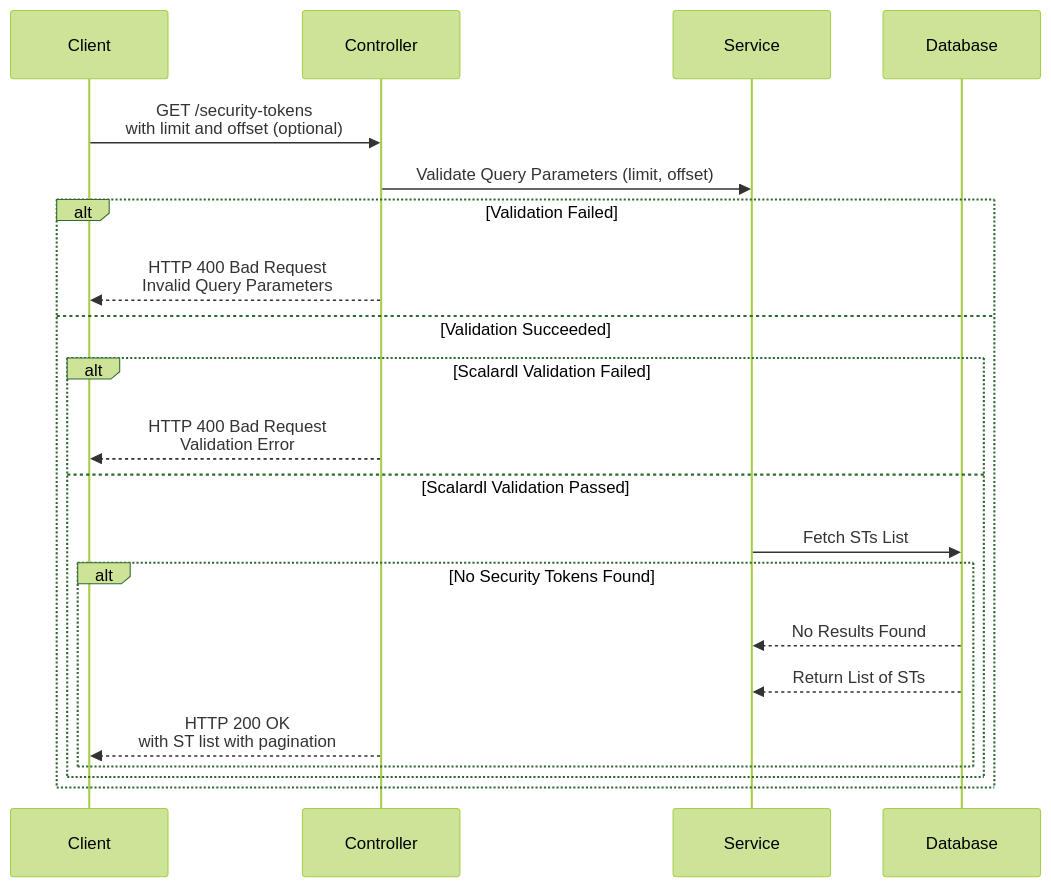
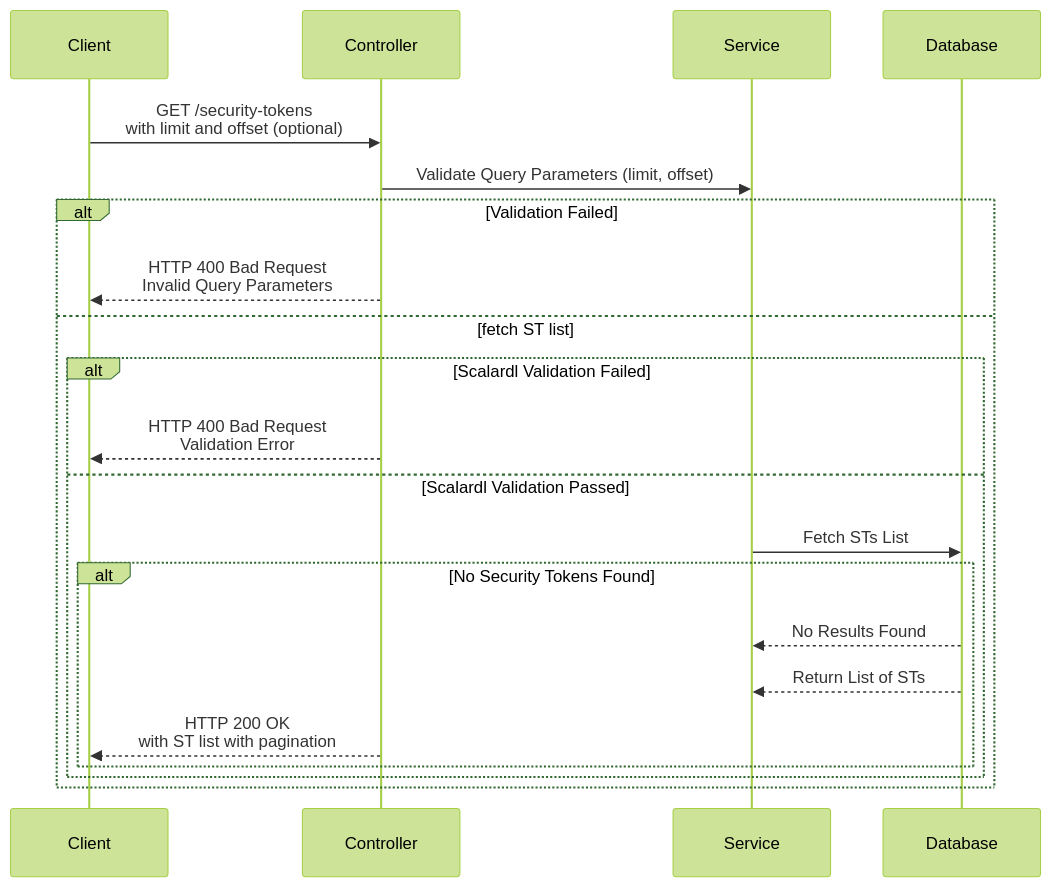
Before and after one commit to MayuriSutar12/protocol_8_api_doc: the diagram in new_list_security_token.md, drawn with Mermaid (forest theme).

````diff
--- a/new_list_security_token.md
+++ b/new_list_security_token.md
@@ -3,24 +3,24 @@
 ```mermaid
 sequenceDiagram
     participant Client as Client
     participant Controller as Controller
     participant Service as Service
     participant Database as Database
 
     Client ->> Controller: GET /security-tokens<br/>with limit and offset (optional)
     Controller ->> Service: Validate Query Parameters (limit, offset)
     alt Validation Failed
         Controller -->> Client: HTTP 400 Bad Request<br/>Invalid Query Parameters
-    else Validation Succeeded
+    else fetch ST list
         alt Scalardl Validation Failed
             Controller -->> Client: HTTP 400 Bad Request<br/>Validation Error
         else Scalardl Validation Passed
             Service ->> Database: Fetch STs List
             alt No Security Tokens Found
                 Database -->> Service: No Results Found
                 Database -->> Service: Return List of STs
                 Controller -->> Client: HTTP 200 OK<br/>with ST list with pagination
             end
         end
 end
 ```
````
